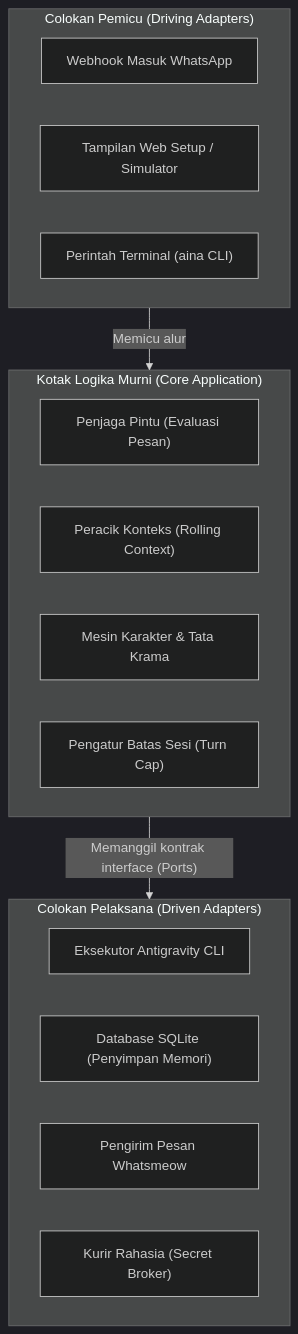
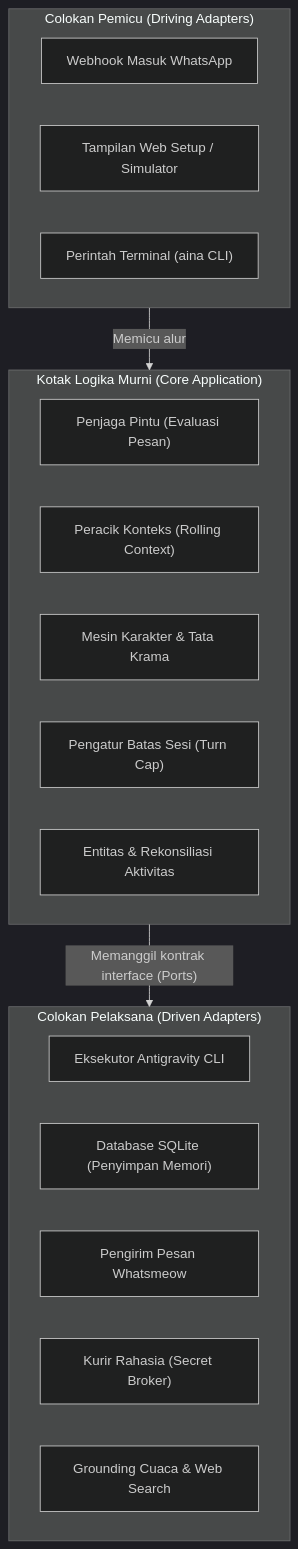
One commit to ipds6104/aina changed the diagram in docs/architecture/04_solution_strategy.md. Above: the diagram before and after it, drawn with Mermaid (dark theme). The commit also changed other lines of this file and 11 other files, not shown here.

Commit message:
docs(arc42): update architecture documentation to baseline commit 1ee7597 with activity engine & reflection

````diff
--- a/docs/architecture/04_solution_strategy.md
+++ b/docs/architecture/04_solution_strategy.md
@@ -17,25 +17,27 @@
 ```mermaid
 flowchart TD
     subgraph DrivingAdapters ["Colokan Pemicu (Driving Adapters)"]
         WebHook["Webhook Masuk WhatsApp"]
         WebUI["Tampilan Web Setup / Simulator"]
         CliCmd["Perintah Terminal (aina CLI)"]
     end
 
     subgraph CoreDomain ["Kotak Logika Murni (Core Application)"]
         Gatekeeper["Penjaga Pintu (Evaluasi Pesan)"]
         ContextPrep["Peracik Konteks (Rolling Context)"]
         Persona["Mesin Karakter & Tata Krama"]
         Lifecycle["Pengatur Batas Sesi (Turn Cap)"]
+        ActivityDomain["Entitas & Rekonsiliasi Aktivitas"]
     end
 
     subgraph DrivenAdapters ["Colokan Pelaksana (Driven Adapters)"]
         AgyRunner["Eksekutor Antigravity CLI"]
         SqliteStore["Database SQLite (Penyimpan Memori)"]
         WaSender["Pengirim Pesan Whatsmeow"]
         SecretBrokerTool["Kurir Rahasia (Secret Broker)"]
+        EnvAPI["Grounding Cuaca & Web Search"]
     end
 
     DrivingAdapters -->|"Memicu alur"| CoreDomain
     CoreDomain -->|"Memanggil kontrak interface (Ports)"| DrivenAdapters
 ```
````
